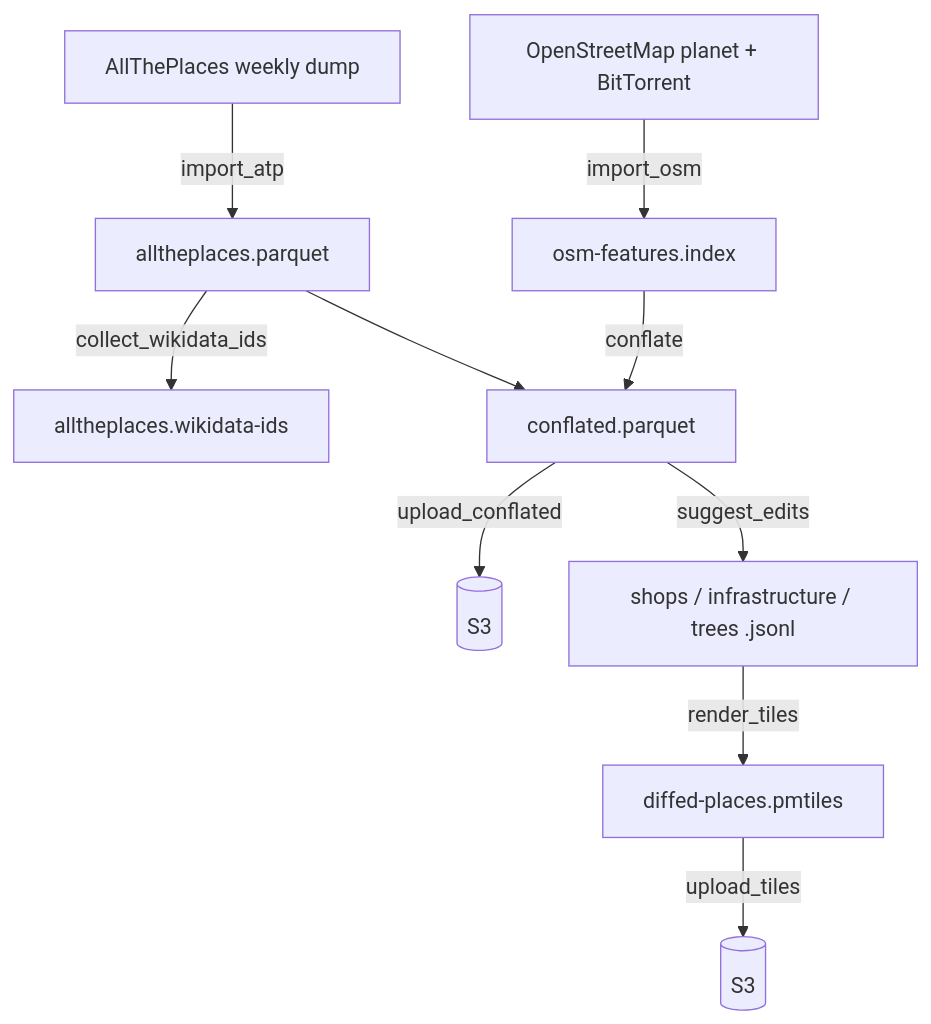
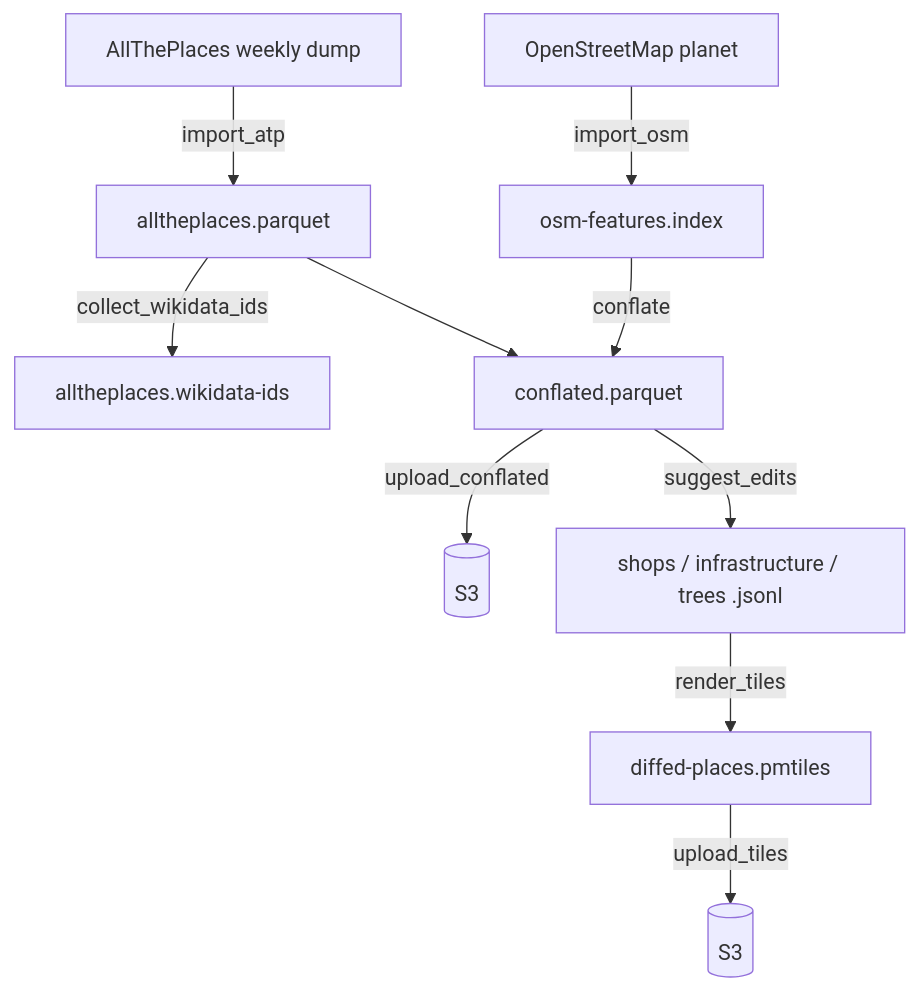
One commit to alltheplaces/osm-diffs changed the diagram in docs/TECHNICAL_DESIGN.md. Above: the diagram before and after it, drawn with Mermaid.

Commit message:
docs/TECHNICAL_DESIGN.md: drop BitTorrent from the diagram node label
Minor detail for a diagram; still mentioned in the import_osm prose
bullet below.

````diff
--- a/docs/TECHNICAL_DESIGN.md
+++ b/docs/TECHNICAL_DESIGN.md
@@ -161,17 +161,17 @@
 ```mermaid
 graph TD
     ATP_SRC[AllThePlaces weekly dump]
-    OSM_SRC[OpenStreetMap planet + BitTorrent]
+    OSM_SRC[OpenStreetMap planet]
 
     ATP_SRC -->|import_atp| ATP_PARQUET[alltheplaces.parquet]
     ATP_PARQUET -->|collect_wikidata_ids| WIKIDATA[alltheplaces.wikidata-ids]
 
     OSM_SRC -->|import_osm| OSM_INDEX[osm-features.index]
 
     ATP_PARQUET --> CONFLATE
     OSM_INDEX -->|conflate| CONFLATE[conflated.parquet]
     CONFLATE -->|upload_conflated| S3A[(S3)]
     CONFLATE -->|suggest_edits| LAYERS[shops / infrastructure / trees .jsonl]
     LAYERS -->|render_tiles| PMTILES[diffed-places.pmtiles]
     PMTILES -->|upload_tiles| S3B[(S3)]
 ```
````
